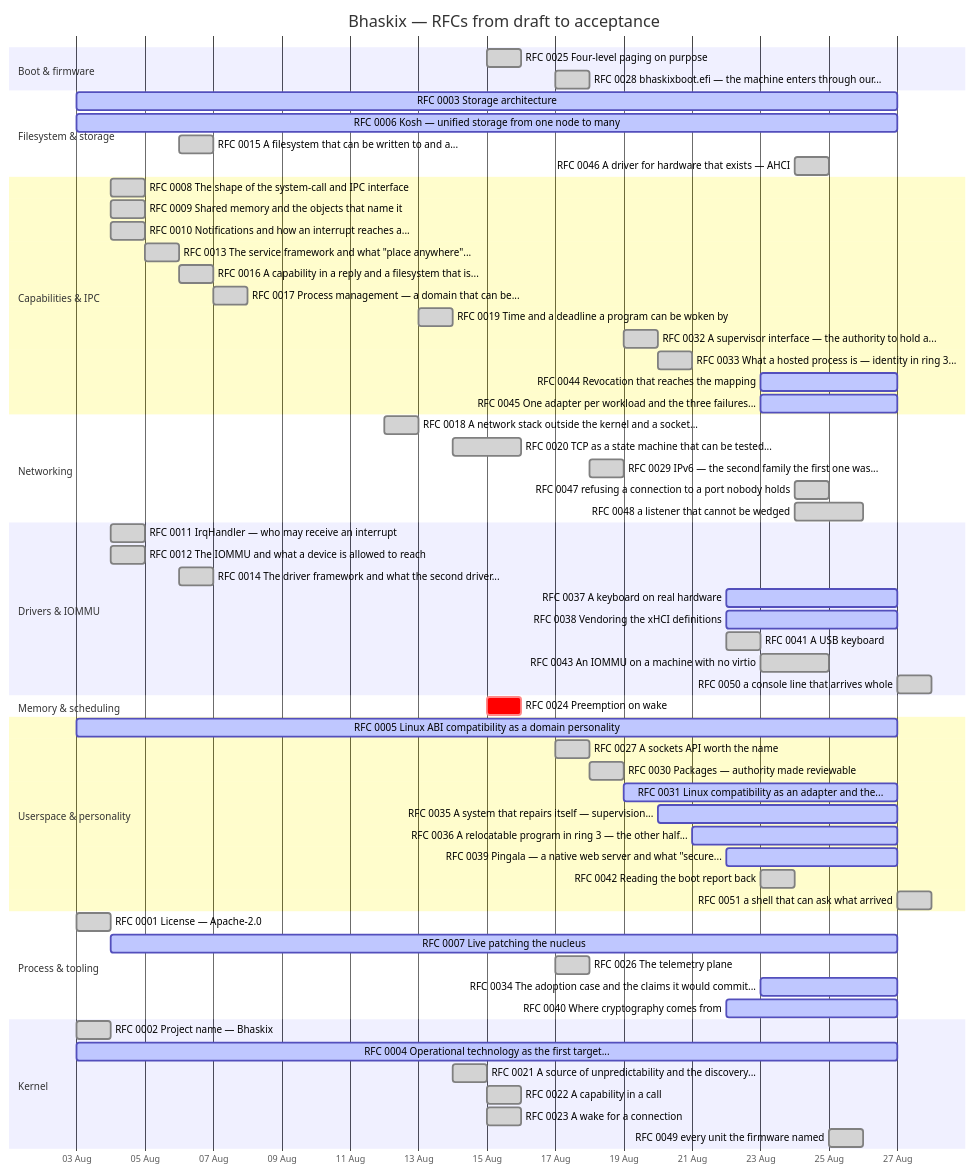
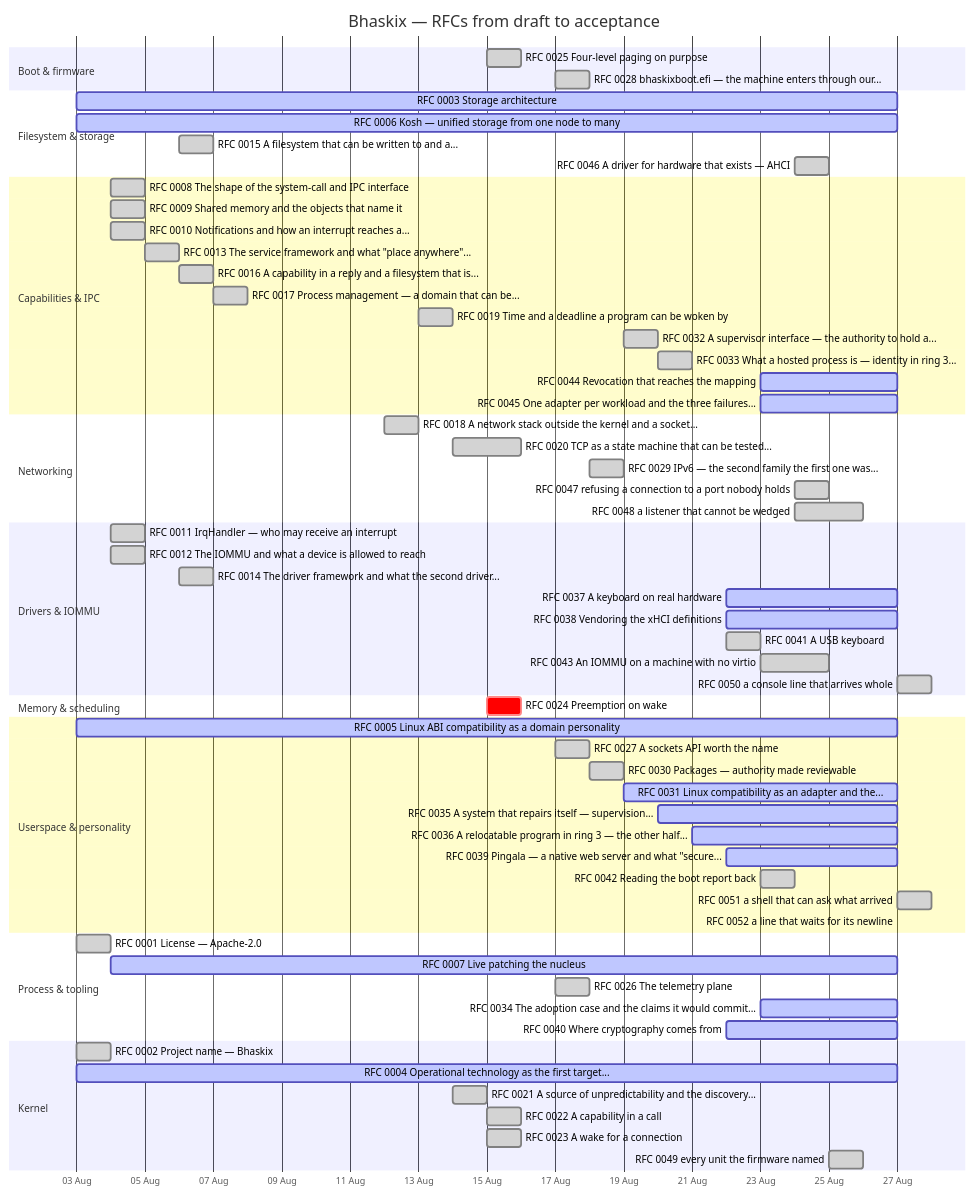
The diagram in docs/progress.md (bhaskix/bhaskix), drawn with Mermaid before and after one commit. The commit also changed other lines of this file, not shown here.

First line of the commit message:
docs: the chart, regenerated with RFC 0052 committed

````diff
--- a/docs/progress.md
+++ b/docs/progress.md
@@ -24,67 +24,68 @@
 ```mermaid
 gantt
     title Bhaskix — RFCs from draft to acceptance
     dateFormat YYYY-MM-DD
     axisFormat %d %b
     todayMarker off
     section Boot & firmware
     RFC 0025 Four-level paging on purpose :done, r0025, 2026-08-15, 2026-08-16
     RFC 0028 bhaskixboot.efi — the machine enters through our... :done, r0028, 2026-08-17, 2026-08-18
     section Filesystem & storage
     RFC 0003 Storage architecture :active, r0003, 2026-08-03, 2026-08-27
     RFC 0006 Kosh — unified storage from one node to many :active, r0006, 2026-08-03, 2026-08-27
     RFC 0015 A filesystem that can be written to and a... :done, r0015, 2026-08-06, 1d
     RFC 0046 A driver for hardware that exists — AHCI :done, r0046, 2026-08-24, 1d
     section Capabilities & IPC
     RFC 0008 The shape of the system-call and IPC interface :done, r0008, 2026-08-04, 1d
     RFC 0009 Shared memory and the objects that name it :done, r0009, 2026-08-04, 1d
     RFC 0010 Notifications and how an interrupt reaches a... :done, r0010, 2026-08-04, 1d
     RFC 0013 The service framework and what "place anywhere"... :done, r0013, 2026-08-05, 1d
     RFC 0016 A capability in a reply and a filesystem that is... :done, r0016, 2026-08-06, 2026-08-07
     RFC 0017 Process management — a domain that can be... :done, r0017, 2026-08-07, 1d
     RFC 0019 Time and a deadline a program can be woken by :done, r0019, 2026-08-13, 2026-08-14
     RFC 0032 A supervisor interface — the authority to hold a... :done, r0032, 2026-08-19, 2026-08-20
     RFC 0033 What a hosted process is — identity in ring 3... :done, r0033, 2026-08-20, 1d
     RFC 0044 Revocation that reaches the mapping :active, r0044, 2026-08-23, 2026-08-27
     RFC 0045 One adapter per workload and the three failures... :active, r0045, 2026-08-23, 2026-08-27
     section Networking
     RFC 0018 A network stack outside the kernel and a socket... :done, r0018, 2026-08-12, 2026-08-13
     RFC 0020 TCP as a state machine that can be tested... :done, r0020, 2026-08-14, 2026-08-16
     RFC 0029 IPv6 — the second family the first one was... :done, r0029, 2026-08-18, 1d
     RFC 0047 refusing a connection to a port nobody holds :done, r0047, 2026-08-24, 1d
     RFC 0048 a listener that cannot be wedged :done, r0048, 2026-08-24, 2026-08-26
     section Drivers & IOMMU
     RFC 0011 IrqHandler — who may receive an interrupt :done, r0011, 2026-08-04, 1d
     RFC 0012 The IOMMU and what a device is allowed to reach :done, r0012, 2026-08-04, 1d
     RFC 0014 The driver framework and what the second driver... :done, r0014, 2026-08-06, 1d
     RFC 0037 A keyboard on real hardware :active, r0037, 2026-08-22, 2026-08-27
     RFC 0038 Vendoring the xHCI definitions :active, r0038, 2026-08-22, 2026-08-27
     RFC 0041 A USB keyboard :done, r0041, 2026-08-22, 2026-08-23
     RFC 0043 An IOMMU on a machine with no virtio :done, r0043, 2026-08-23, 2026-08-25
     RFC 0050 a console line that arrives whole :done, r0050, 2026-08-27, 1d
     section Memory & scheduling
     RFC 0024 Preemption on wake :crit, r0024, 2026-08-15, 1d
     section Userspace & personality
     RFC 0005 Linux ABI compatibility as a domain personality :active, r0005, 2026-08-03, 2026-08-27
     RFC 0027 A sockets API worth the name :done, r0027, 2026-08-17, 1d
     RFC 0030 Packages — authority made reviewable :done, r0030, 2026-08-18, 2026-08-19
     RFC 0031 Linux compatibility as an adapter and the... :active, r0031, 2026-08-19, 2026-08-27
     RFC 0035 A system that repairs itself — supervision... :active, r0035, 2026-08-20, 2026-08-27
     RFC 0036 A relocatable program in ring 3 — the other half... :active, r0036, 2026-08-21, 2026-08-27
     RFC 0039 Pingala — a native web server and what "secure... :active, r0039, 2026-08-22, 2026-08-27
     RFC 0042 Reading the boot report back :done, r0042, 2026-08-23, 1d
     RFC 0051 a shell that can ask what arrived :done, r0051, 2026-08-27, 1d
+    RFC 0052 a line that waits for its newline :active, r0052, 2026-08-27, 2026-08-27
     section Process & tooling
     RFC 0001 License — Apache-2.0 :done, r0001, 2026-08-03, 1d
     RFC 0007 Live patching the nucleus :active, r0007, 2026-08-04, 2026-08-27
     RFC 0026 The telemetry plane :done, r0026, 2026-08-17, 1d
     RFC 0034 The adoption case and the claims it would commit... :active, r0034, 2026-08-23, 2026-08-27
     RFC 0040 Where cryptography comes from :active, r0040, 2026-08-22, 2026-08-27
     section Kernel
     RFC 0002 Project name — Bhaskix :done, r0002, 2026-08-03, 1d
     RFC 0004 Operational technology as the first target... :active, r0004, 2026-08-03, 2026-08-27
     RFC 0021 A source of unpredictability and the discovery... :done, r0021, 2026-08-14, 1d
     RFC 0022 A capability in a call :done, r0022, 2026-08-15, 2026-08-16
     RFC 0023 A wake for a connection :done, r0023, 2026-08-15, 2026-08-16
     RFC 0049 every unit the firmware named :done, r0049, 2026-08-25, 1d
 ```
````
